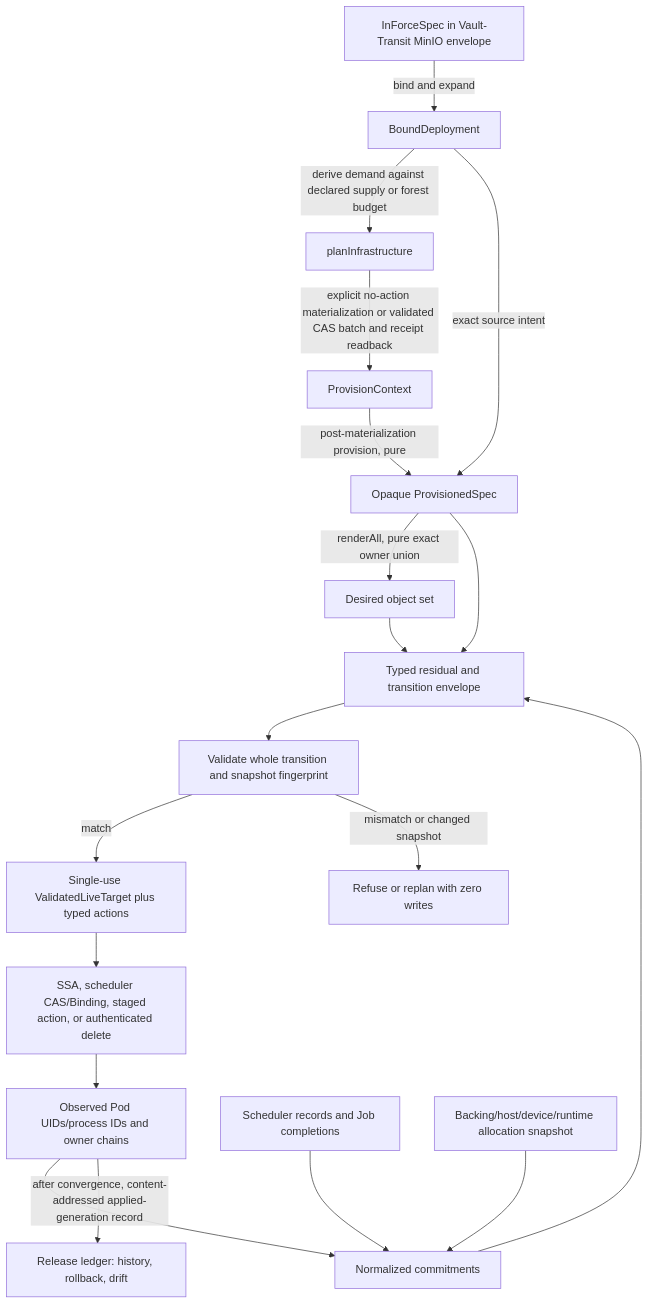
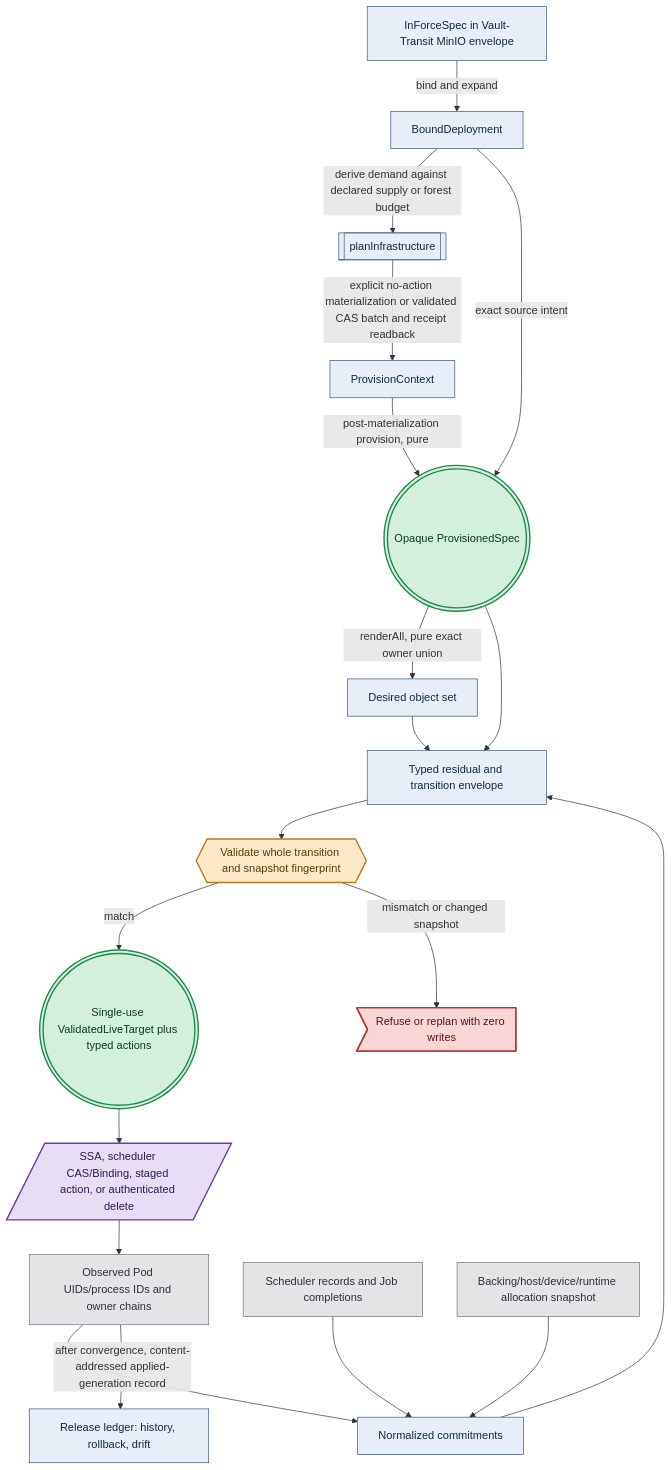
Before and after one commit to Tuee22/amoebius: the fourth of 4 diagrams in documents/engineering/manifest_generation_doctrine.md, drawn with Mermaid. The commit also changed other lines of this file and 36 other files, not shown here.

````diff
--- a/documents/engineering/manifest_generation_doctrine.md
+++ b/documents/engineering/manifest_generation_doctrine.md
@@ -654,21 +671,27 @@
 ```mermaid
 flowchart TD
-  dhall[InForceSpec in Vault-Transit MinIO envelope] -->|bind and expand| bound[BoundDeployment]
-  bound -->|derive demand against declared supply or forest budget| infraPlan[planInfrastructure]
-  infraPlan -->|explicit no-action materialization or validated CAS batch and receipt readback| context[ProvisionContext]
-  context -->|post-materialization provision, pure| checked[Opaque ProvisionedSpec]
+  dhall[InForceSpec in Vault-Transit MinIO envelope]:::intent -->|bind and expand| bound[BoundDeployment]:::intent
+  bound -->|derive demand against declared supply or forest budget| infraPlan[["planInfrastructure"]]:::intent
+  infraPlan -->|explicit no-action materialization or validated CAS batch and receipt readback| context[ProvisionContext]:::intent
+  context -->|post-materialization provision, pure| checked((("Opaque ProvisionedSpec"))):::seal
   bound -->|exact source intent| checked
-  checked -->|renderAll, pure exact owner union| desired[Desired object set]
-  live[Observed Pod UIDs/process IDs and owner chains] --> normalize[Normalized commitments]
-  ledger[Scheduler records and Job completions] --> normalize
-  inventory[Backing/host/device/runtime allocation snapshot] --> normalize
-  desired --> transition[Typed residual and transition envelope]
+  checked -->|renderAll, pure exact owner union| desired[Desired object set]:::intent
+  live[Observed Pod UIDs/process IDs and owner chains]:::runtime --> normalize[Normalized commitments]:::intent
+  ledger[Scheduler records and Job completions]:::runtime --> normalize
+  inventory[Backing/host/device/runtime allocation snapshot]:::runtime --> normalize
+  desired --> transition[Typed residual and transition envelope]:::intent
   normalize --> transition
   checked --> transition
-  transition --> preflight[Validate whole transition and snapshot fingerprint]
-  preflight -->|match| token[Single-use ValidatedLiveTarget plus typed actions]
-  preflight -->|mismatch or changed snapshot| refuse[Refuse or replan with zero writes]
-  token --> enact[SSA, scheduler CAS/Binding, staged action, or authenticated delete]
+  transition --> preflight{{"Validate whole transition and snapshot fingerprint"}}:::gate
+  preflight -->|match| token((("Single-use ValidatedLiveTarget plus typed actions"))):::seal
+  preflight -->|mismatch or changed snapshot| refuse>"Refuse or replan with zero writes"]:::refuse
+  token --> enact[/"SSA, scheduler CAS/Binding, staged action, or authenticated delete"/]:::effect
   enact --> live
-  live -->|after convergence, content-addressed applied-generation record| log[Release ledger: history, rollback, drift]
+  live -->|after convergence, content-addressed applied-generation record| log[Release ledger: history, rollback, drift]:::intent
+  classDef intent   fill:#e8eef7,stroke:#33587a,color:#12283f,stroke-width:1px
+  classDef gate     fill:#fde9c8,stroke:#b8791b,color:#5c3a06,stroke-width:2px
+  classDef effect   fill:#e7ddf5,stroke:#6b3fa0,color:#2f1a52,stroke-width:2px
+  classDef seal     fill:#d3f0dd,stroke:#1f8a4c,color:#0c3a1f,stroke-width:2px
+  classDef refuse   fill:#f8d6d6,stroke:#b23636,color:#5c1414,stroke-width:2px
+  classDef runtime  fill:#e4e4e7,stroke:#71717a,color:#2f2f35,stroke-width:1px
 ```
````
